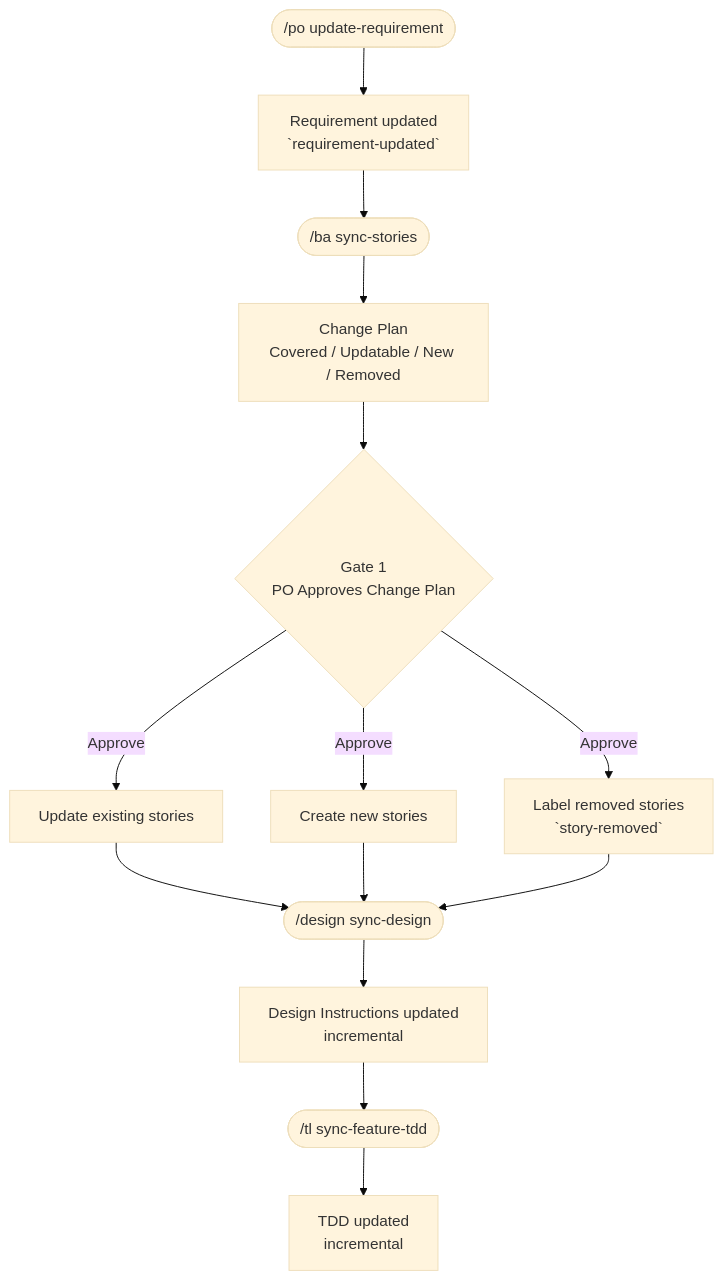
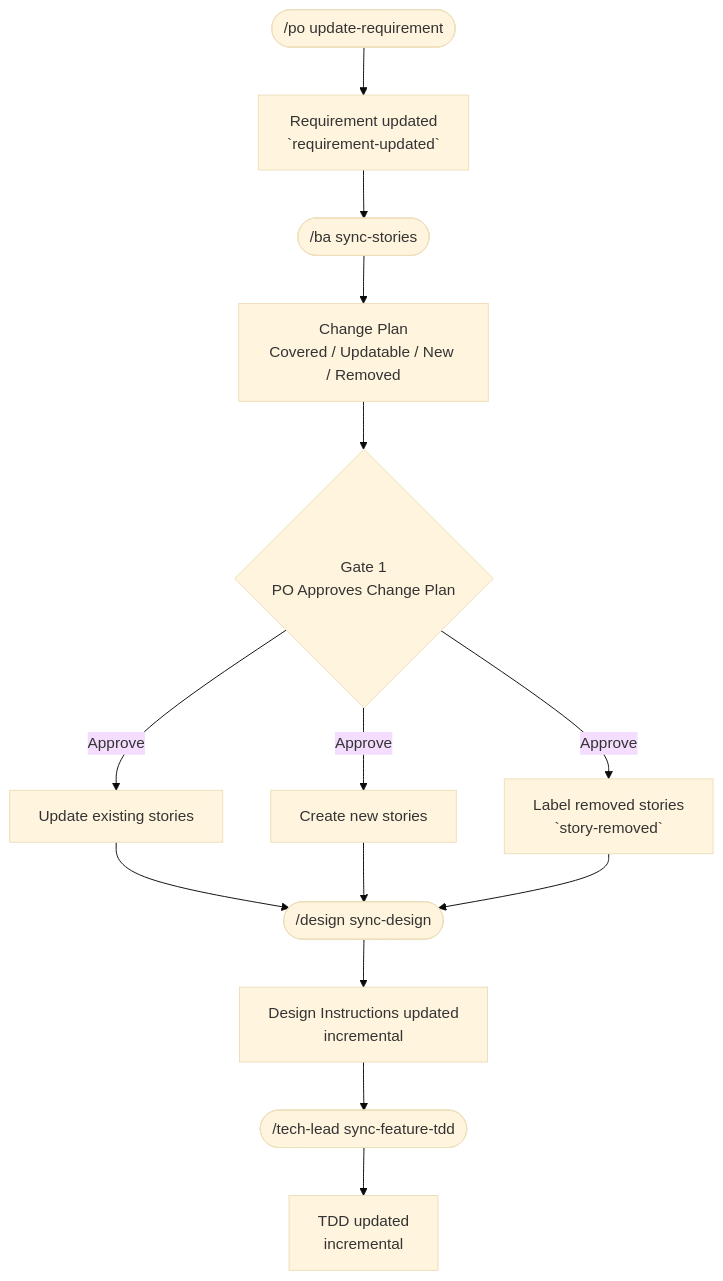
Before and after one commit to simpscal/notism: the third of 4 diagrams in README.md, drawn with Mermaid (base theme). The commit also changed other lines of this file, not shown here.

Commit message:
docs: update README to reflect tech-lead rename and removed _methodology.md

````diff
--- a/README.md
+++ b/README.md
@@ -81,14 +81,14 @@
 ```mermaid
 flowchart TD
     A(["/po update-requirement <N> <delta>"]) --> B["Requirement updated<br/>`requirement-updated`"]
     B --> C(["/ba sync-stories <N>"])
     C --> D["Change Plan<br/>Covered / Updatable / New / Removed"]
     D --> G1{Gate 1<br/>PO Approves Change Plan}
     G1 -->|Approve| E1["Update existing stories"]
     G1 -->|Approve| E2["Create new stories"]
     G1 -->|Approve| E3["Label removed stories<br/>`story-removed`"]
     E1 & E2 & E3 --> F1(["/design sync-design <sprint>"])
     F1 --> F2["Design Instructions updated<br/>incremental"]
-    F2 --> F3(["/tl sync-feature-tdd <sprint>"])
+    F2 --> F3(["/tech-lead sync-feature-tdd <sprint>"])
     F3 --> F4["TDD updated<br/>incremental"]
 ```
````
